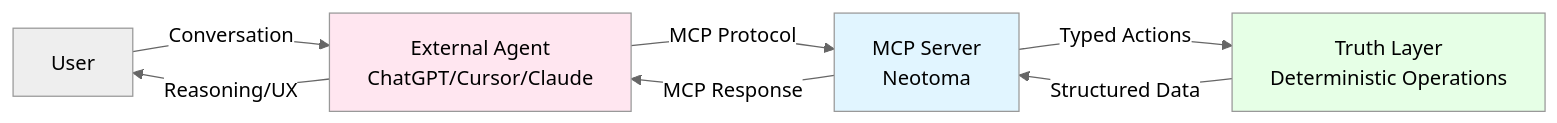
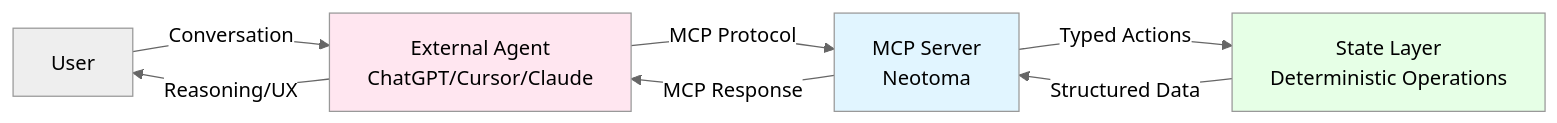
The first of 2 diagrams in docs/architecture/conversational_ux_architecture.md (markmhendrickson/neotoma), drawn with Mermaid before and after one commit. The commit also changed other lines of this file and 106 other files, not shown here.

````diff
--- a/docs/architecture/conversational_ux_architecture.md
+++ b/docs/architecture/conversational_ux_architecture.md
@@ -46,17 +46,17 @@
 ```mermaid
 %%{init: {'theme':'neutral'}}%%
 flowchart LR
     User[User]
     Agent[External Agent<br/>ChatGPT/Cursor/Claude]
     MCP[MCP Server<br/>Neotoma]
-    Truth[Truth Layer<br/>Deterministic Operations]
+    Truth[State Layer<br/>Deterministic Operations]
     User -->|Conversation| Agent
     Agent -->|MCP Protocol| MCP
     MCP -->|Typed Actions| Truth
     Truth -->|Structured Data| MCP
     MCP -->|MCP Response| Agent
     Agent -->|Reasoning/UX| User
     style Agent fill:#ffe6f0
     style MCP fill:#e1f5ff
     style Truth fill:#e6ffe6
 ```
````
